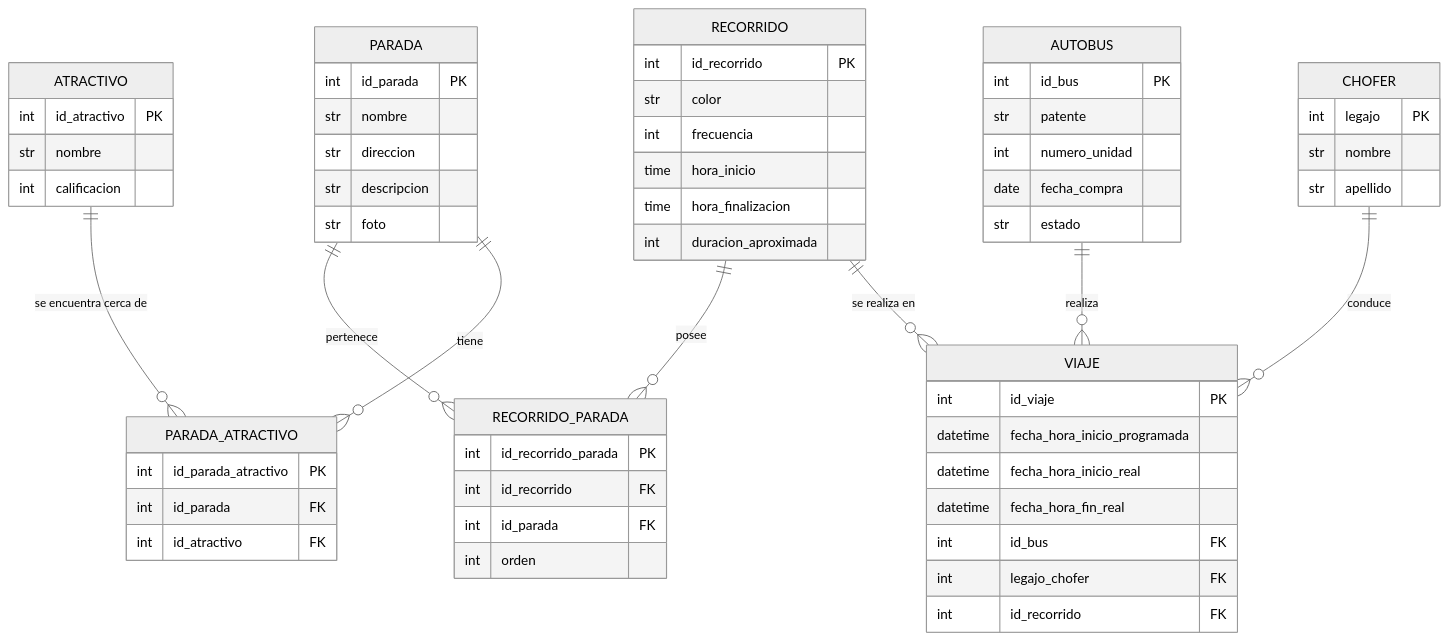
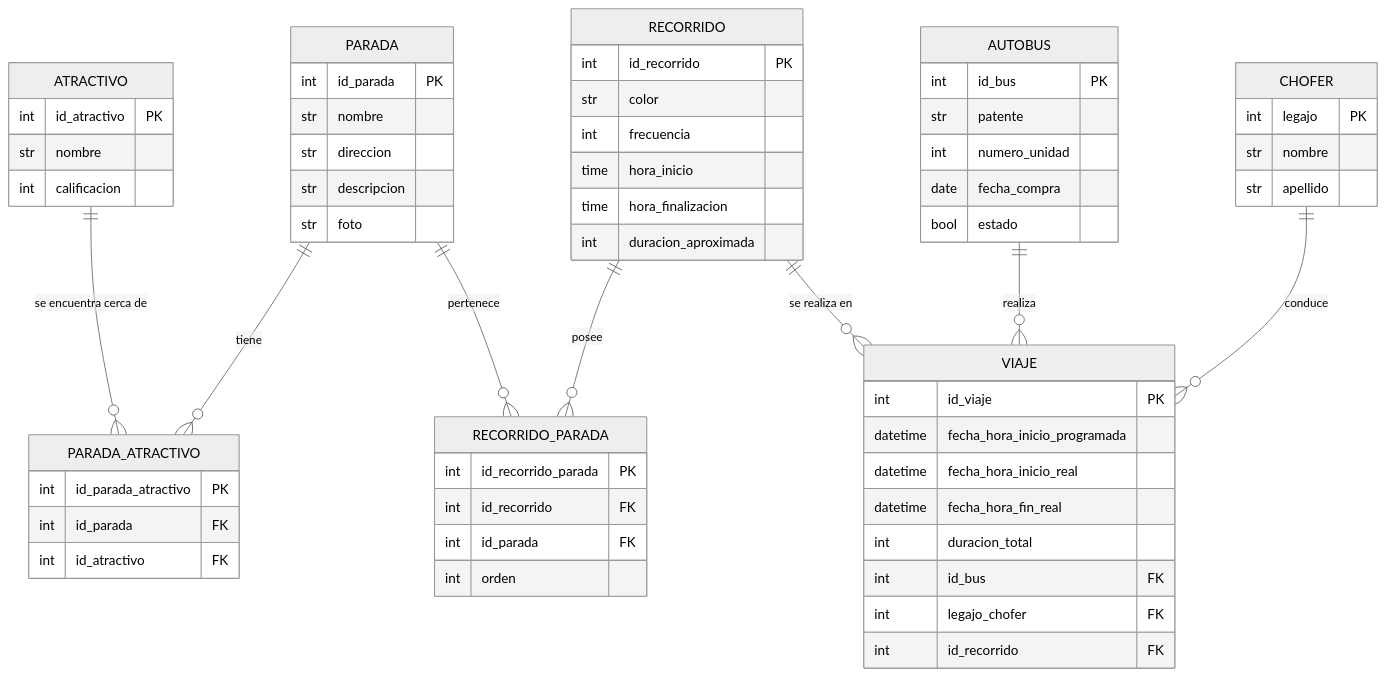
Before and after one commit to Villada-PG3/trabajo-practico-integrador-bus_turistico: the diagram in docs/derBusTuristico.mmd, drawn with Mermaid (neutral theme).

Commit message:
Actualizacion de las lineas en el diagramado

```diff
--- a/docs/derBusTuristico.mmd
+++ b/docs/derBusTuristico.mmd
@@ -1,72 +1,73 @@
 erDiagram
     RECORRIDO_PARADA{
         int id_recorrido_parada PK
         int id_recorrido FK
         int id_parada FK
         int orden
     }
     
     PARADA_ATRACTIVO{
         int id_parada_atractivo PK
         int id_parada FK
         int id_atractivo FK
 
     }
     
     ATRACTIVO{
         int id_atractivo PK
         str nombre
         int calificacion
     }
     
     PARADA{
         int id_parada PK
         str nombre
         str direccion
         str descripcion
         str foto
     }
 
     RECORRIDO{
         int id_recorrido PK
         str color
         int frecuencia
         time hora_inicio
         time hora_finalizacion
         int duracion_aproximada
     }
 
     VIAJE{
         int id_viaje PK
         datetime fecha_hora_inicio_programada
         datetime fecha_hora_inicio_real
         datetime fecha_hora_fin_real
+        int duracion_total
         int id_bus FK
         int legajo_chofer FK
         int id_recorrido FK
     }
 
     AUTOBUS{
         int id_bus PK
         str patente
         int numero_unidad
         date fecha_compra
-        str estado
+        bool estado
     }
     
     CHOFER{
         int legajo PK
         str nombre
         str apellido
     }
 
 
 %%RELACIONES:
 
 RECORRIDO ||--o{ RECORRIDO_PARADA : "posee"
+PARADA ||--o{ PARADA_ATRACTIVO : "tiene"
 PARADA ||--o{ RECORRIDO_PARADA : "pertenece"
-PARADA ||--o{ PARADA_ATRACTIVO : "tiene"
 ATRACTIVO ||--o{ PARADA_ATRACTIVO : "se encuentra cerca de"
 RECORRIDO ||--o{ VIAJE : "se realiza en"
 AUTOBUS ||--o{ VIAJE : "realiza"
 CHOFER ||--o{ VIAJE : "conduce"
```
